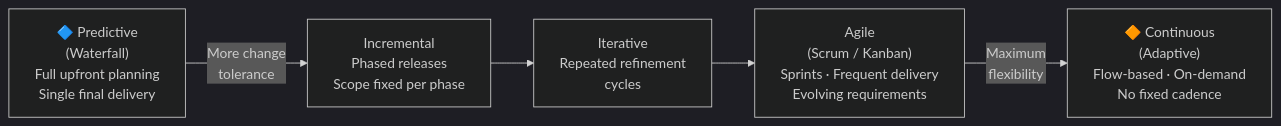
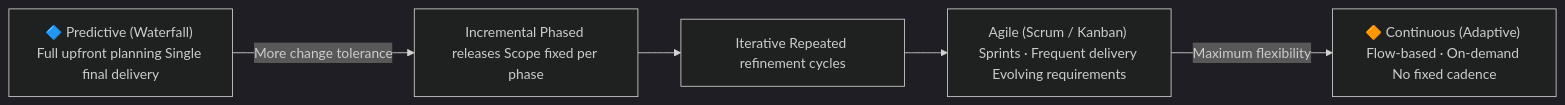
One commit to UncleJS/course_projectManagement changed the second of 2 diagrams in modules/15a-integration-hybrid-agile.md. Above: the diagram before and after it, drawn with Mermaid (dark theme). The commit also changed other lines of this file and 16 other files, not shown here.

Commit message:
Fix Mermaid rendering: remove literal \n from all diagram labels; quote unquoted & in flowchart nodes

````diff
--- a/modules/15a-integration-hybrid-agile.md
+++ b/modules/15a-integration-hybrid-agile.md
@@ -177,9 +177,9 @@
 ```mermaid
 flowchart LR
-    A["🔷 Predictive\n(Waterfall)\nFull upfront planning\nSingle final delivery"]
-    B["Incremental\nPhased releases\nScope fixed per phase"]
-    C["Iterative\nRepeated refinement\ncycles"]
-    D["Agile\n(Scrum / Kanban)\nSprints · Frequent delivery\nEvolving requirements"]
-    E["🔶 Continuous\n(Adaptive)\nFlow-based · On-demand\nNo fixed cadence"]
-    A -->|"More change\ntolerance"| B --> C --> D -->|"Maximum\nflexibility"| E
+    A["🔷 Predictive (Waterfall) Full upfront planning Single final delivery"]
+    B["Incremental Phased releases Scope fixed per phase"]
+    C["Iterative Repeated refinement cycles"]
+    D["Agile (Scrum / Kanban) Sprints · Frequent delivery Evolving requirements"]
+    E["🔶 Continuous (Adaptive) Flow-based · On-demand No fixed cadence"]
+    A -->|"More change tolerance"| B --> C --> D -->|"Maximum flexibility"| E
 ```
````
